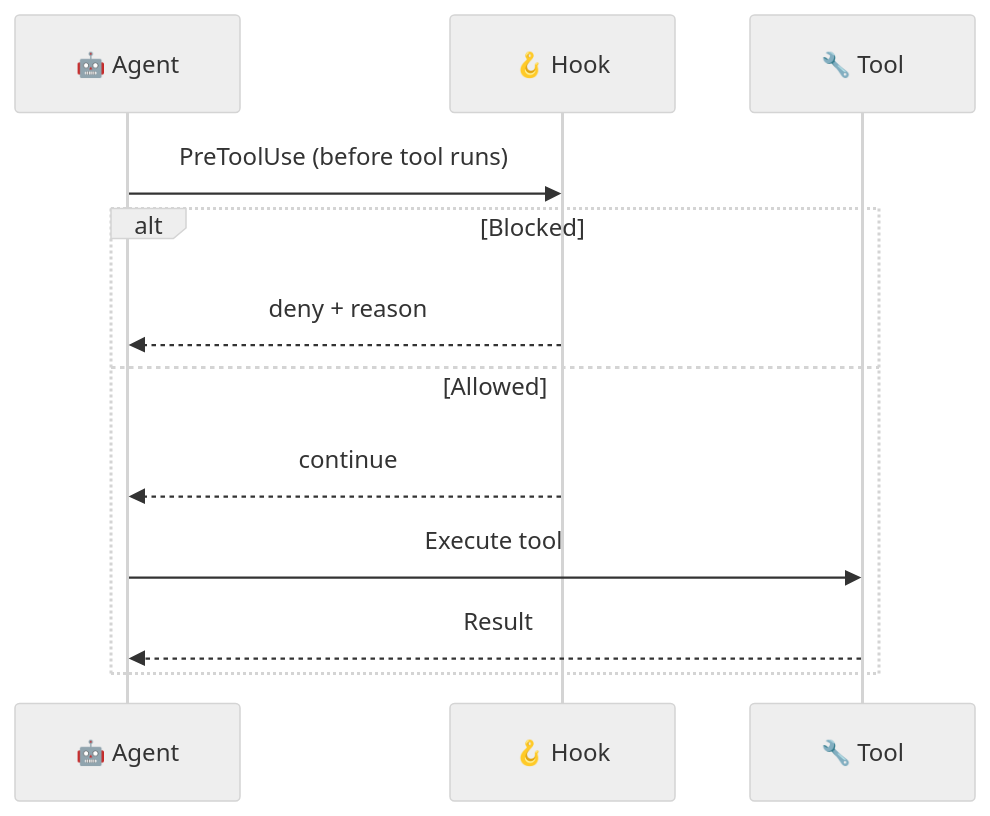
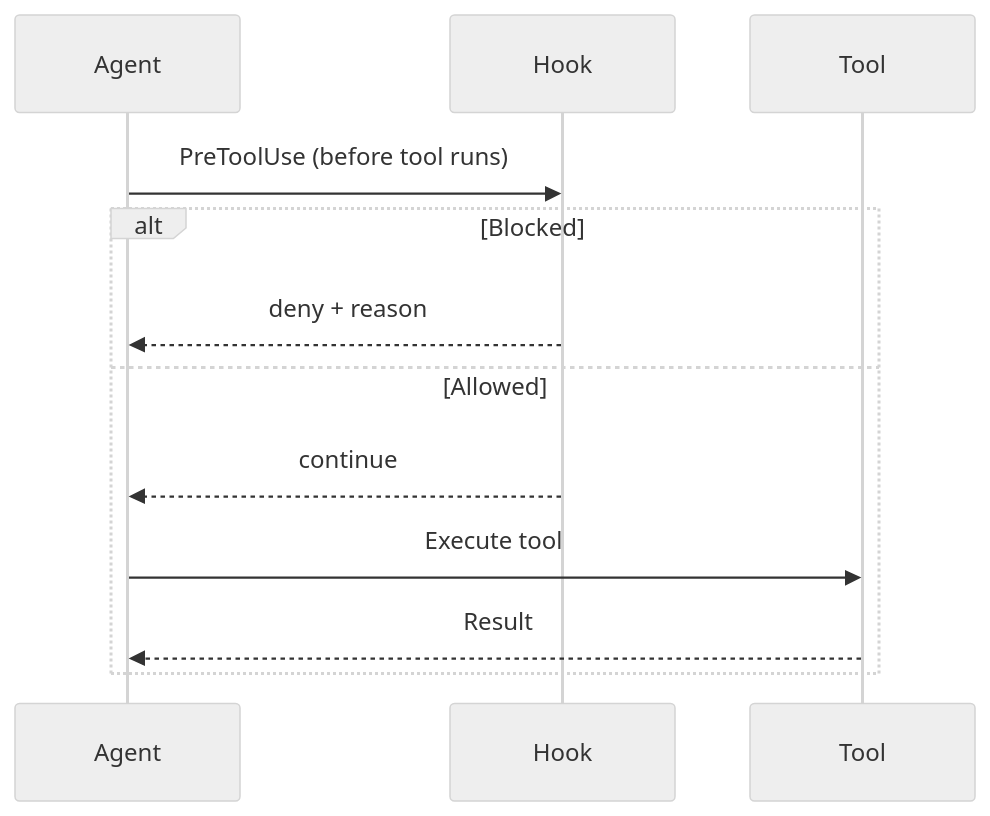
Before and after one commit to jonathan-vella/apex-docs: the diagram in src/content/docs/guides/hooks.md, drawn with Mermaid (neutral theme). The commit also changed other lines of this file and 103 other files, not shown here.

````diff
--- a/src/content/docs/guides/hooks.md
+++ b/src/content/docs/guides/hooks.md
@@ -24,15 +25,15 @@
 ```mermaid
 sequenceDiagram
-    participant A as 🤖 Agent
-    participant H as 🪝 Hook
-    participant T as 🔧 Tool
+    participant A as Agent
+    participant H as Hook
+    participant T as Tool
 
     A->>H: PreToolUse (before tool runs)
     alt Blocked
         H-->>A: deny + reason
     else Allowed
         H-->>A: continue
         A->>T: Execute tool
         T-->>A: Result
     end
 ```
````
